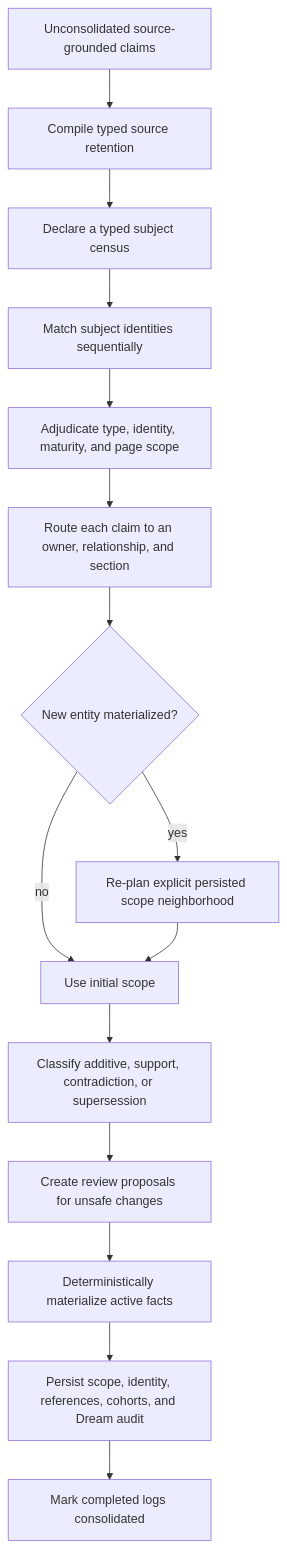
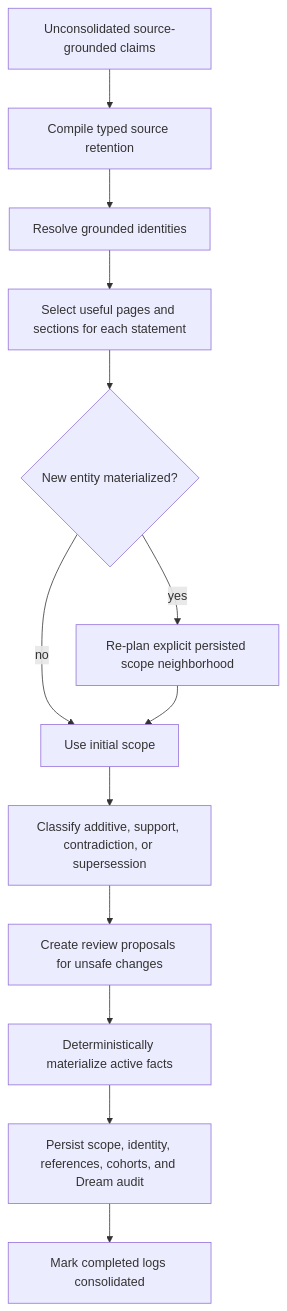
The diagram in DESIGN.md (nsadras/mycelium), drawn with Mermaid before and after one commit. The commit also changed other lines of this file and 56 other files, not shown here.

Commit message:
simplify page creation and statement placement

````diff
--- a/DESIGN.md
+++ b/DESIGN.md
@@ -159,17 +159,15 @@
 ```mermaid
 flowchart TD
     A[Unconsolidated source-grounded claims] --> B[Compile typed source retention]
-    B --> C[Declare a typed subject census]
-    C --> D[Match subject identities sequentially]
-    D --> E[Adjudicate type, identity, maturity, and page scope]
-    E --> F[Route each claim to an owner, relationship, and section]
+    B --> C[Resolve grounded identities]
+    C --> F[Select useful pages and sections for each statement]
     F --> K{New entity materialized?}
     K -->|yes| L[Re-plan explicit persisted scope neighborhood]
     K -->|no| M[Use initial scope]
     L --> M
     M --> N[Classify additive, support, contradiction, or supersession]
     N --> O[Create review proposals for unsafe changes]
     O --> P[Deterministically materialize active facts]
     P --> Q[Persist scope, identity, references, cohorts, and Dream audit]
     Q --> R[Mark completed logs consolidated]
 ```
````
